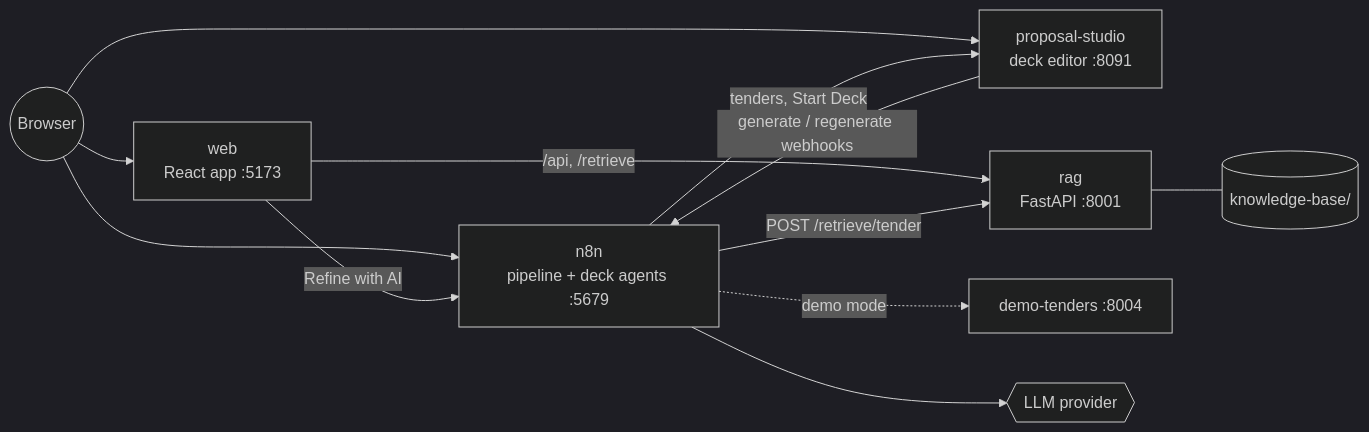
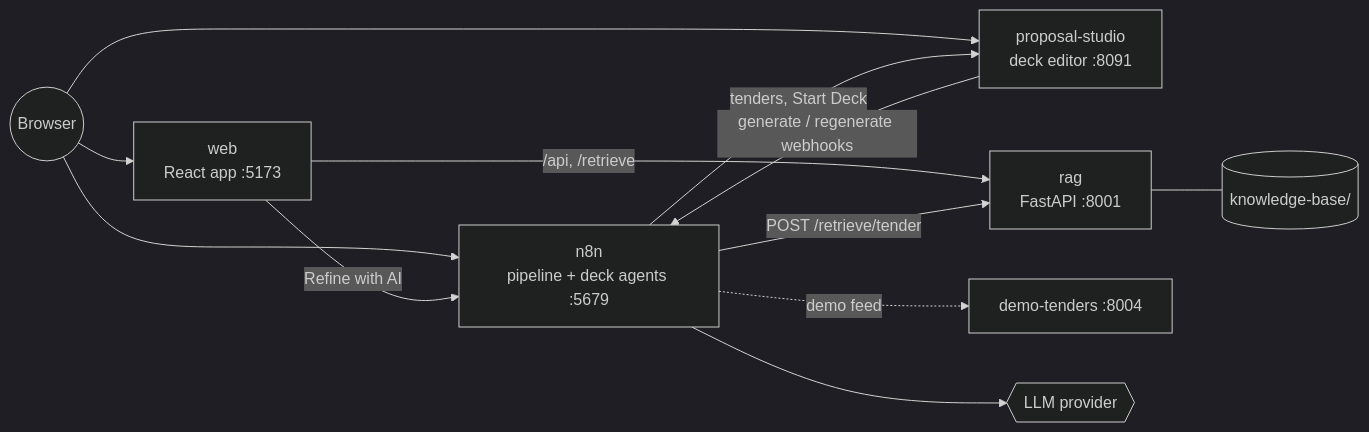
The second of 2 diagrams in README.md (ahmad-bensalah/TendOlive), drawn with Mermaid (dark theme) before and after one commit. The commit also changed other lines of this file and 41 other files, not shown here.

````diff
--- a/README.md
+++ b/README.md
@@ -78,14 +89,14 @@
 ```mermaid
 flowchart LR
     U((Browser)) --> W[web<br/>React app :5173]
     U --> PS[proposal-studio<br/>deck editor :8091]
     U --> N[n8n<br/>pipeline + deck agents :5679]
     W -->|/api, /retrieve| RAG[rag<br/>FastAPI :8001]
     W -->|Refine with AI| N
     N -->|POST /retrieve/tender| RAG
     N -->|tenders, Start Deck| PS
     PS -->|generate / regenerate webhooks| N
-    N -.->|demo mode| DT[demo-tenders :8004]
+    N -.->|demo feed| DT[demo-tenders :8004]
     RAG --- KB[(knowledge-base/)]
     N --> LLM{{LLM provider}}
 ```
````
